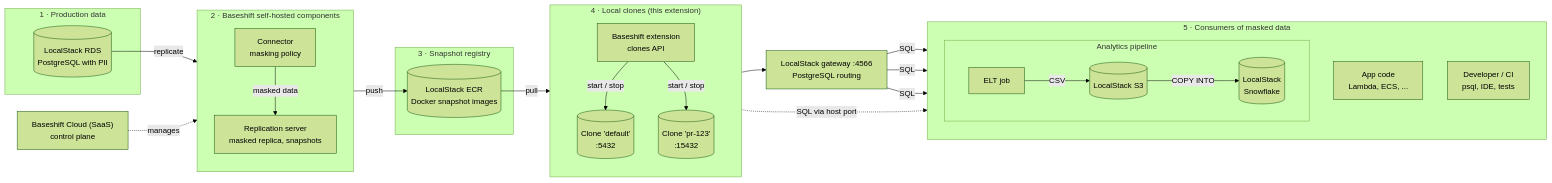
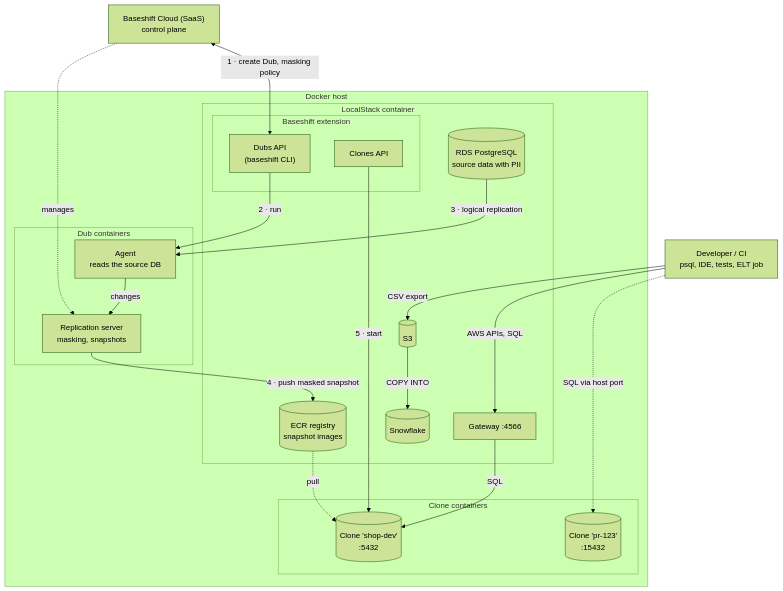
Before and after one commit to localstack/localstack-extensions: the diagram in baseshift/README.md, drawn with Mermaid (forest theme). The commit also changed other lines of this file and 4 other files, not shown here.

Commit message:
Bind Baseshift clone ports to loopback by default, pin baseshift dependency

````diff
--- a/baseshift/README.md
+++ b/baseshift/README.md
@@ -11,51 +11,43 @@
 ```mermaid
-flowchart LR
-    subgraph source["1 · Production data"]
-        rds[("LocalStack RDS<br/>PostgreSQL with PII")]
-    end
-
+flowchart TB
+    dev["Developer / CI<br/>psql, IDE, tests, ELT job"]
     cloud["Baseshift Cloud (SaaS)<br/>control plane"]
 
-    subgraph baseshift["2 · Baseshift self-hosted components"]
-        direction TB
-        connector["Connector<br/>masking policy"]
-        repserver["Replication server<br/>masked replica, snapshots"]
-        connector -- "masked data" --> repserver
-    end
+    subgraph docker["Docker host"]
+        subgraph ls["LocalStack container"]
+            gateway["Gateway :4566"]
+            subgraph ext["Baseshift extension"]
+                dubsapi["Dubs API<br/>(baseshift CLI)"]
+                clonesapi["Clones API"]
+            end
+            rds[("RDS PostgreSQL<br/>source data with PII")]
+            ecr[("ECR registry<br/>snapshot images")]
+            s3[("S3")]
+            snowflake[("Snowflake")]
+        end
 
-    cloud -. "manages" .-> baseshift
+        subgraph dub["Dub containers"]
+            agent["Agent<br/>reads the source DB"]
+            repserver["Replication server<br/>masking, snapshots"]
+        end
 
-    subgraph registry["3 · Snapshot registry"]
-        ecr[("LocalStack ECR<br/>Docker snapshot images")]
-    end
-
-    subgraph clones["4 · Local clones (this extension)"]
-        direction TB
-        extension["Baseshift extension<br/>clones API"]
-        clone1[("Clone 'default'<br/>:5432")]
-        clone2[("Clone 'pr-123'<br/>:15432")]
-        extension -- "start / stop" --> clone1
-        extension -- "start / stop" --> clone2
-    end
-
-    gateway["LocalStack gateway :4566<br/>PostgreSQL routing"]
-
-    subgraph consumers["5 · Consumers of masked data"]
-        direction TB
-        app["App code<br/>Lambda, ECS, ..."]
-        dev["Developer / CI<br/>psql, IDE, tests"]
-        subgraph analytics["Analytics pipeline"]
-            direction LR
-            elt["ELT job"] -- "CSV" --> s3[("LocalStack S3")] -- "COPY INTO" --> snowflake[("LocalStack<br/>Snowflake")]
+        subgraph clones["Clone containers"]
+            clone1[("Clone 'shop-dev'<br/>:5432")]
+            clone2[("Clone 'pr-123'<br/>:15432")]
         end
     end
 
-    rds -- "replicate" --> connector
-    repserver -- "push" --> ecr
-    ecr -- "pull" --> extension
-    clone1 --> gateway
-    gateway -- "SQL" --> app
-    gateway -- "SQL" --> dev
-    gateway -- "SQL" --> elt
-    clone2 -. "SQL via host port" .-> dev
+    cloud <-- "1 · create Dub, masking policy" --> dubsapi
+    dubsapi -- "2 · run" --> agent
+    rds -- "3 · logical replication" --> agent
+    agent -- "changes" --> repserver
+    cloud -. "manages" .-> repserver
+    repserver -- "4 · push masked snapshot" --> ecr
+    clonesapi -- "5 · start" --> clone1
+    ecr -. "pull" .-> clone1
+    gateway -- "SQL" --> clone1
+    dev -- "AWS APIs, SQL" --> gateway
+    dev -- "CSV export" --> s3
+    s3 -- "COPY INTO" --> snowflake
+    dev -. "SQL via host port" .-> clone2
 ```
````
